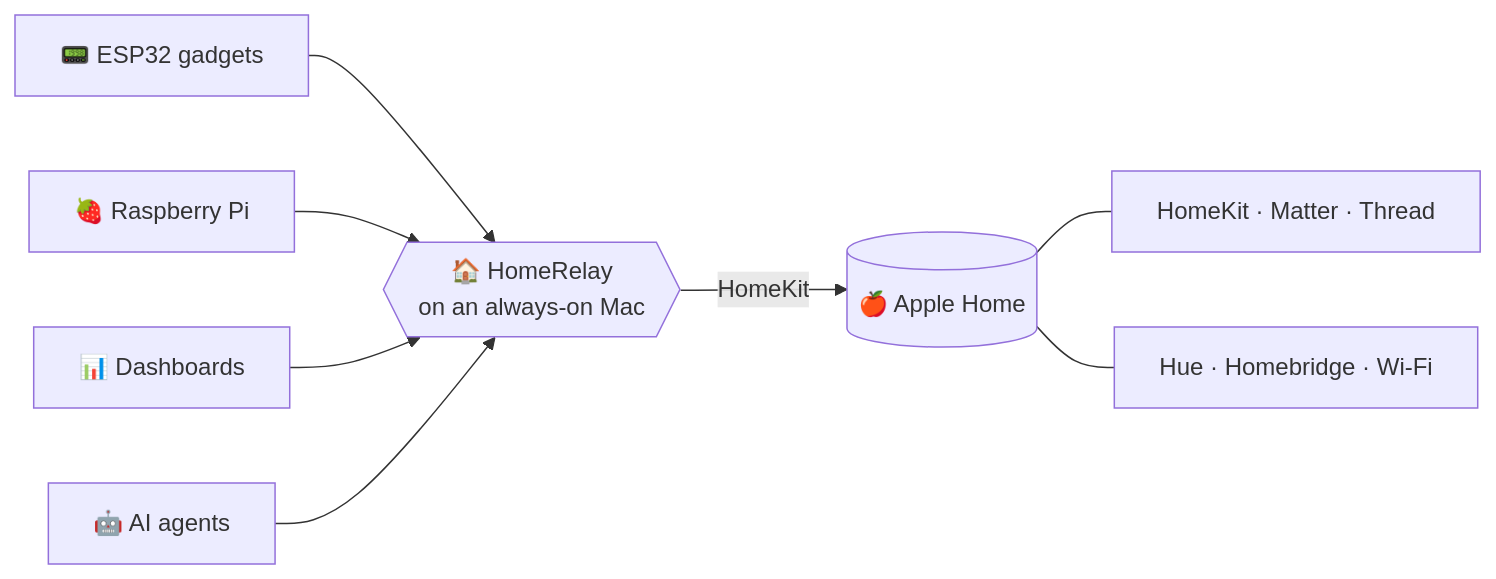
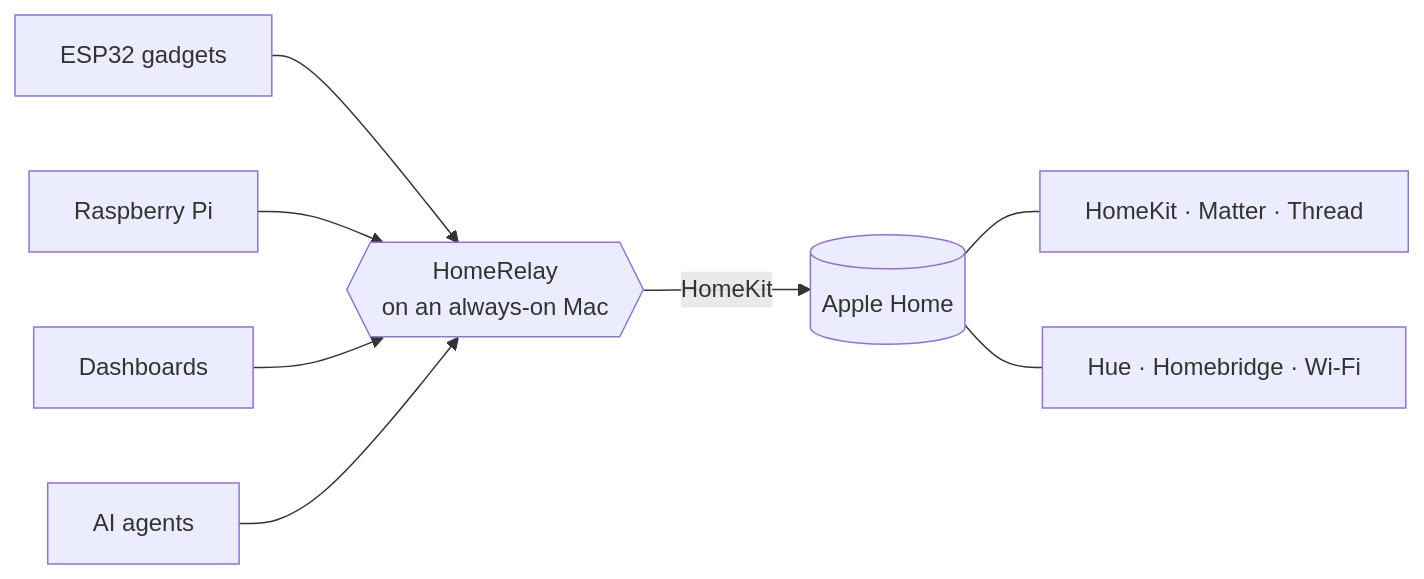
One commit to shhish/HomeRelay changed the diagram in README.md. Above: the diagram before and after it, drawn with Mermaid. The commit also changed other lines of this file, not shown here.

````diff
--- a/README.md
+++ b/README.md
@@ -60,13 +60,13 @@
 ```mermaid
 flowchart LR
-  ESP["📟 ESP32 gadgets"] --> HR
-  PI["🍓 Raspberry Pi"] --> HR
-  DASH["📊 Dashboards"] --> HR
-  AGENT["🤖 AI agents"] --> HR
+  ESP["ESP32 gadgets"] --> HR
+  PI["Raspberry Pi"] --> HR
+  DASH["Dashboards"] --> HR
+  AGENT["AI agents"] --> HR
 
-  HR{{"🏠 HomeRelay<br/>on an always-on Mac"}}
+  HR{{"HomeRelay<br/>on an always-on Mac"}}
 
-  HR -- HomeKit --> HOME[("🍎 Apple Home")]
+  HR -- HomeKit --> HOME[("Apple Home")]
   HOME --- NATIVE["HomeKit · Matter · Thread"]
   HOME --- BRIDGES["Hue · Homebridge · Wi-Fi"]
 ```
````
